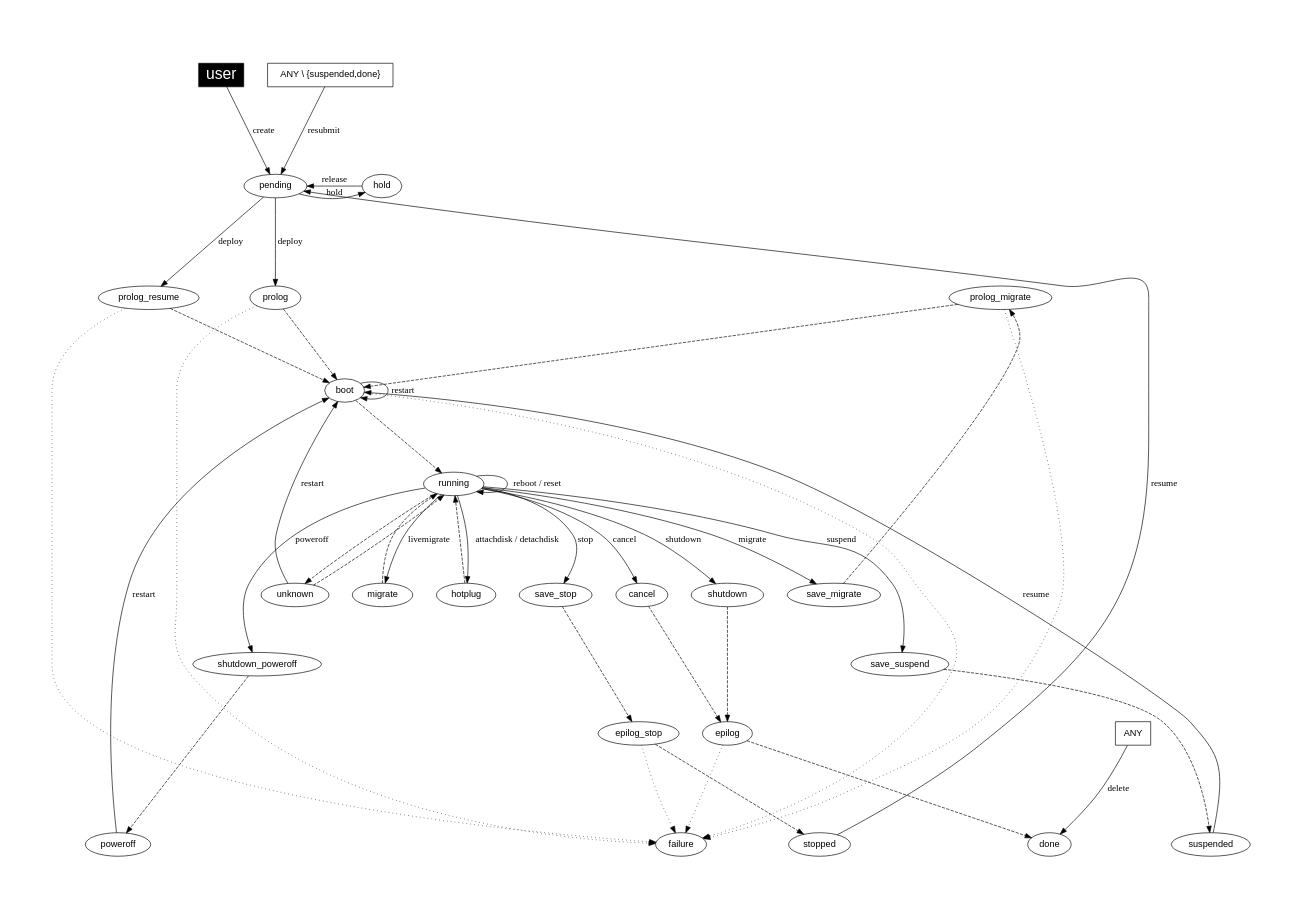
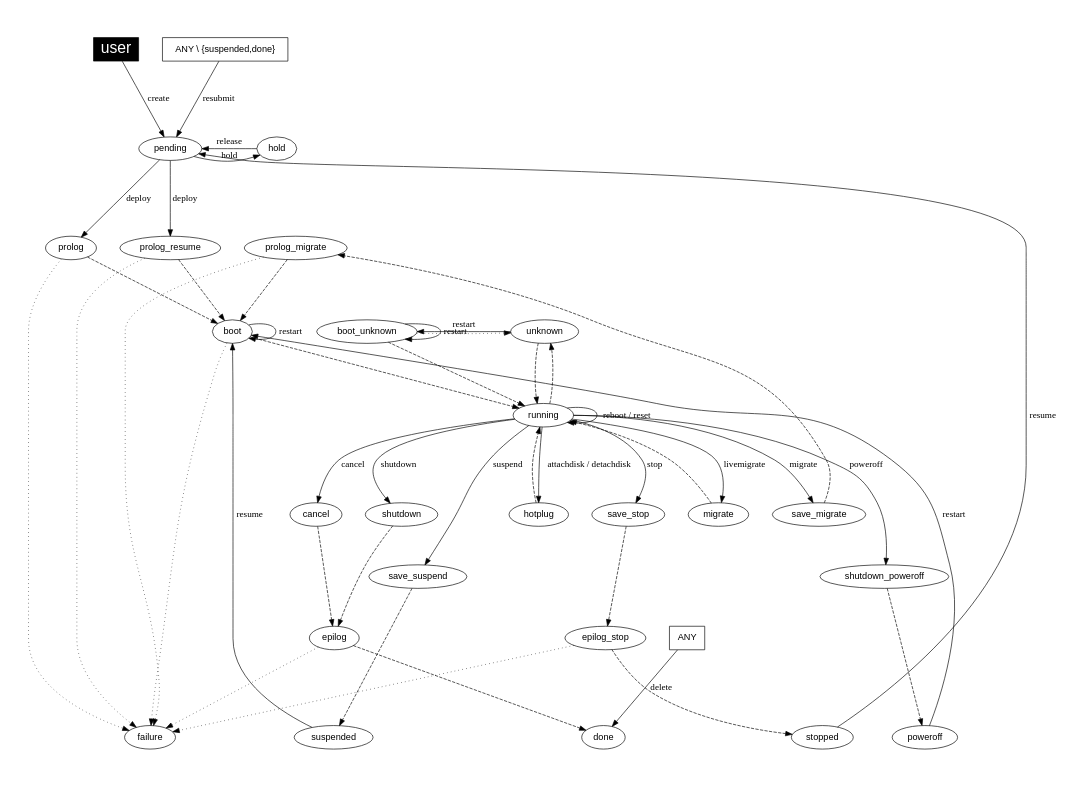
Before and after one commit to OpenNebula/one: the diagram in share/doc/states/states-complete.dot, drawn with Graphviz. The commit also changed 2 other files, not shown here.

Commit message:
Bug #1557: Add BOOT_UNKNOWN state to xsd and dot documentation files

```diff
--- a/share/doc/states/states-complete.dot
+++ b/share/doc/states/states-complete.dot
@@ -1,110 +1,115 @@
 
 
 digraph OpenNebula {
     graph [
         nodesep= 0.5,
-        ratio=0.7,
-        pad=1,
+        ratio=0.8,
+        pad=0.5,
     ];
 
     node [fontname="Helvetica"];
     edge [fontname="Menlo"];
     
     user [
         fillcolor="black",
         style="filled", shape="box",
         fontcolor="white", fontsize= "24.0"];
 
     ANY [ shape="box" ];
     "ANY \\ {suspended,done}" [ shape="box" ];
 
     subgraph { rank = min; user}
+    subgraph { rank = same; boot; boot_unknown; unknown; color="white"}
     subgraph { rank = same; pending; hold; color="white"}
     subgraph { rank = same; prolog; prolog_resume; prolog_migrate;
     color="white" }
 
     subgraph { rank = max; suspended; done; failure;
     stopped; poweroff; color="white" }
 
 #   create
     user -> pending [label="create"];
 
 #   deploy
     pending     -> prolog_resume [label="deploy"];
     prolog_resume -> boot [style="dashed"];
 
     pending     -> prolog [label="deploy"];
     prolog      -> boot [style="dashed"];
     boot        -> running [style="dashed"];
 
 #   shutdown
     running     -> shutdown [label="shutdown"];
     shutdown    -> epilog [style="dashed"];
     epilog      -> done [style="dashed"];
 
 #   poweroff
     running             -> shutdown_poweroff [label="poweroff"];
     shutdown_poweroff   -> poweroff [style="dashed"];
 
 #   livemigrate
     running     -> migrate [label="livemigrate"];
     migrate     -> running [style="dashed"];
 
 #   migrate
     running         -> save_migrate [label="migrate"];
     save_migrate    -> prolog_migrate [style="dashed"];
     prolog_migrate  -> boot [style="dashed"];
 
 #   hold
     pending     -> hold [label="hold"];
 
 #   release
     hold        -> pending [label="release"];
 
 #   stop
     running     -> save_stop [label="stop"];
     save_stop   -> epilog_stop [style="dashed"];
     epilog_stop -> stopped [style="dashed"];
 
 #   cancel
     running     -> cancel [label="cancel"];
     cancel      -> epilog [style="dashed"];
 
 #   suspend
     running         -> save_suspend [label="suspend"];
     save_suspend    -> suspended [style="dashed"];
 
 #   resume
     stopped     -> pending [label="resume"];
     suspended   -> boot [label="resume"];
 
 #   delete
     ANY         -> done [label="delete"];
 
 #   restart
-    unknown     -> boot [label="restart"];
     boot        -> boot [label="restart"];
     poweroff    -> boot [label="restart"];
+
+    unknown     -> boot_unknown [label="restart"];
+    boot_unknown -> boot_unknown [label="restart"];
+    boot_unknown -> running [style="dashed"];
+    boot_unknown -> unknown [style="dotted"];
 
 #   reboot, reset
     running     -> running [label="reboot / reset"];
 
 #   attachdisk
     running     -> hotplug [label="attachdisk / detachdisk"]
     hotplug     -> running [style="dashed"];
 
 #   resubmit
     "ANY \\ {suspended,done}" -> pending [label="resubmit"];
 
 #   failures and misc.
     epilog_stop     -> failure [style="dotted"];
     epilog          -> failure [style="dotted"];
     prolog          -> failure [style="dotted"];
     prolog_migrate  -> failure [style="dotted"];
     prolog_resume   -> failure [style="dotted"];
     boot            -> failure [style="dotted"];
 
 
     running -> unknown [style="dashed"];
     unknown -> running [style="dashed"];
 }
```
